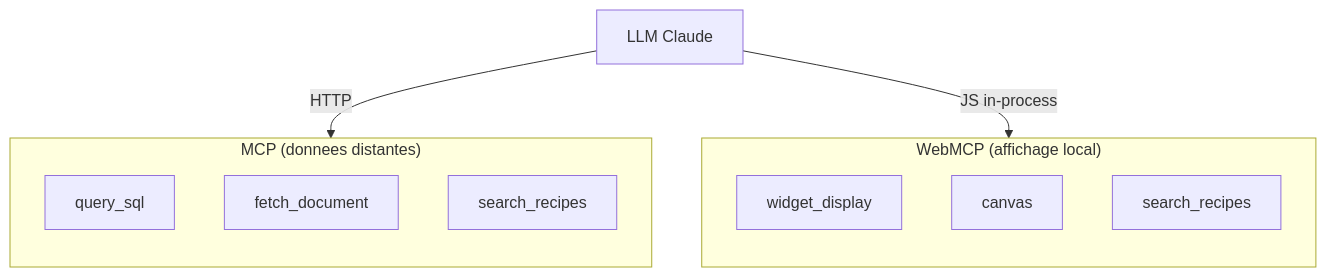
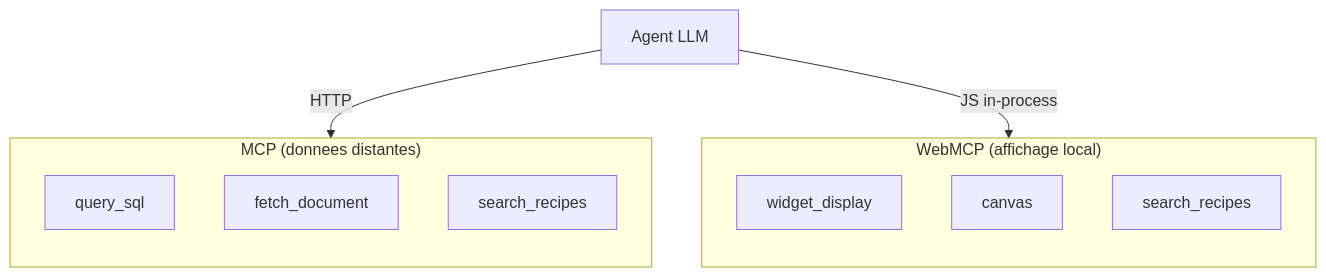
Before and after one commit to jeanbaptiste/webmcp-auto-ui: the first of 11 diagrams in docs-site/src/content/docs/tutorials/architecture-mcp-webmcp.mdx, drawn with Mermaid. The commit also changed other lines of this file and 131 other files, not shown here.

````diff
--- a/docs-site/src/content/docs/tutorials/architecture-mcp-webmcp.mdx
+++ b/docs-site/src/content/docs/tutorials/architecture-mcp-webmcp.mdx
@@ -38,19 +38,19 @@
 ```mermaid
 graph TB
     subgraph MCP ["MCP (donnees distantes)"]
         direction TB
         M1[query_sql]
         M2[fetch_document]
         M3[search_recipes]
     end
 
     subgraph WebMCP ["WebMCP (affichage local)"]
         direction TB
         W1[widget_display]
         W2[canvas]
         W3[search_recipes]
     end
 
-    LLM[LLM Claude] -->|HTTP| MCP
+    LLM[Agent LLM] -->|HTTP| MCP
     LLM -->|JS in-process| WebMCP
 ```
````
